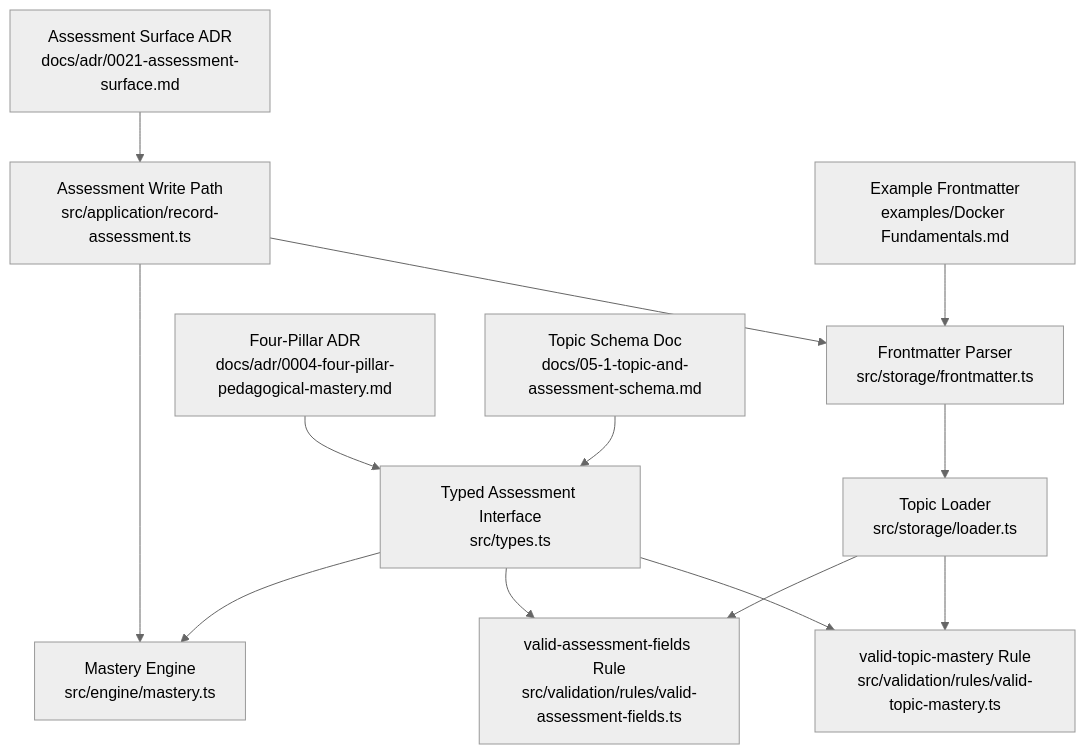
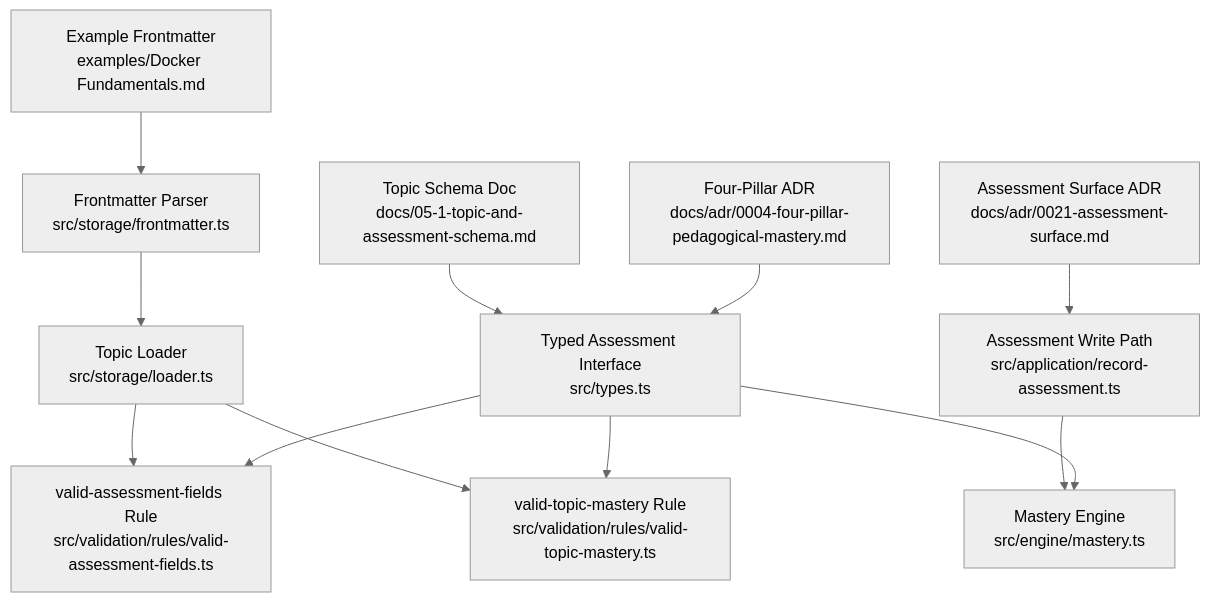
Before and after one commit to Kuldeep2822k/palee-architecture: the first of 10 diagrams in Data Models and Types/Assessment Model.md, drawn with Mermaid (neutral theme). The commit also changed other lines of this file and 7 other files, not shown here.

````diff
--- a/Data Models and Types/Assessment Model.md
+++ b/Data Models and Types/Assessment Model.md
@@ -45,27 +45,26 @@
 ```mermaid
 graph TB
     Types["Typed Assessment Interface<br/>src/types.ts"]
     Engine["Mastery Engine<br/>src/engine/mastery.ts"]
     Loader["Topic Loader<br/>src/storage/loader.ts"]
     Frontmatter["Frontmatter Parser<br/>src/storage/frontmatter.ts"]
     ValidationFields["valid-assessment-fields Rule<br/>src/validation/rules/valid-assessment-fields.ts"]
     ValidationMastery["valid-topic-mastery Rule<br/>src/validation/rules/valid-topic-mastery.ts"]
     RecordAssessment["Assessment Write Path<br/>src/application/record-assessment.ts"]
     DocsADR["Four-Pillar ADR<br/>docs/adr/0004-four-pillar-pedagogical-mastery.md"]
     DocsSurface["Assessment Surface ADR<br/>docs/adr/0021-assessment-surface.md"]
     DocsSchema["Topic Schema Doc<br/>docs/05-1-topic-and-assessment-schema.md"]
     ExampleNote["Example Frontmatter<br/>examples/Docker Fundamentals.md"]
 
     DocsADR --> Types
     DocsSurface --> RecordAssessment
     DocsSchema --> Types
     Types --> Engine
     Types --> ValidationFields
     Types --> ValidationMastery
     Frontmatter --> Loader
     Loader --> ValidationFields
     Loader --> ValidationMastery
     RecordAssessment --> Engine
-    RecordAssessment --> Frontmatter
     ExampleNote --> Frontmatter
 ```
````
